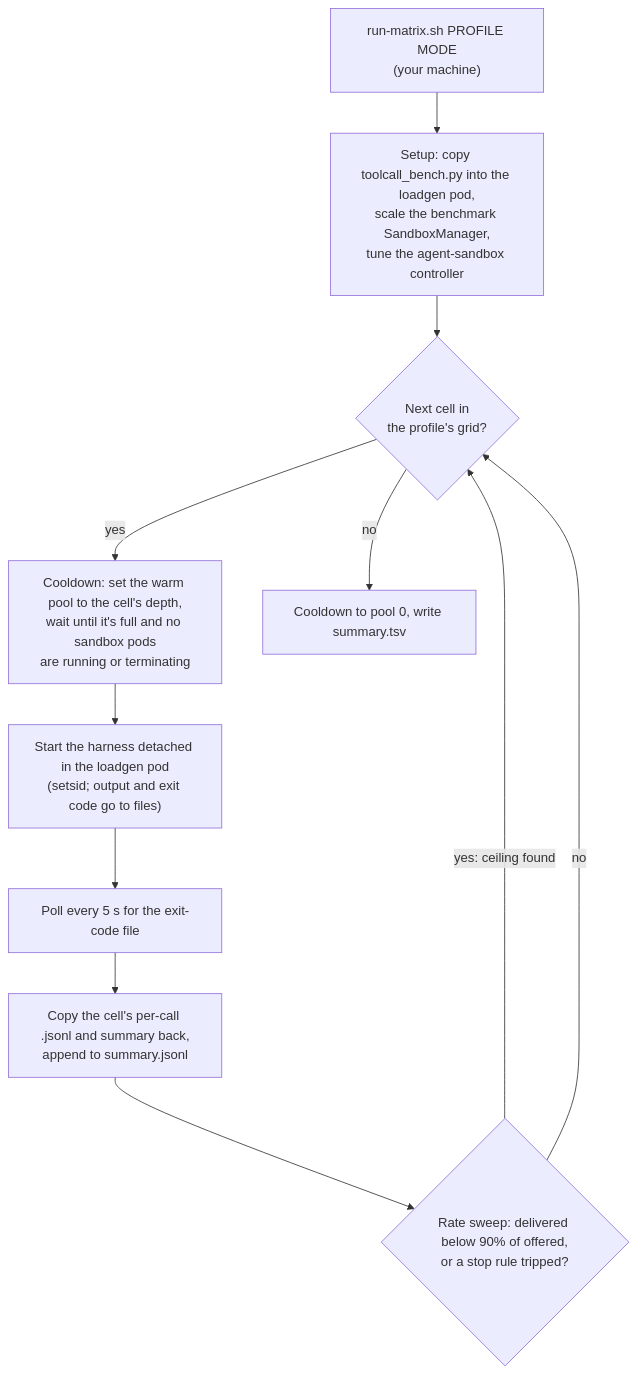
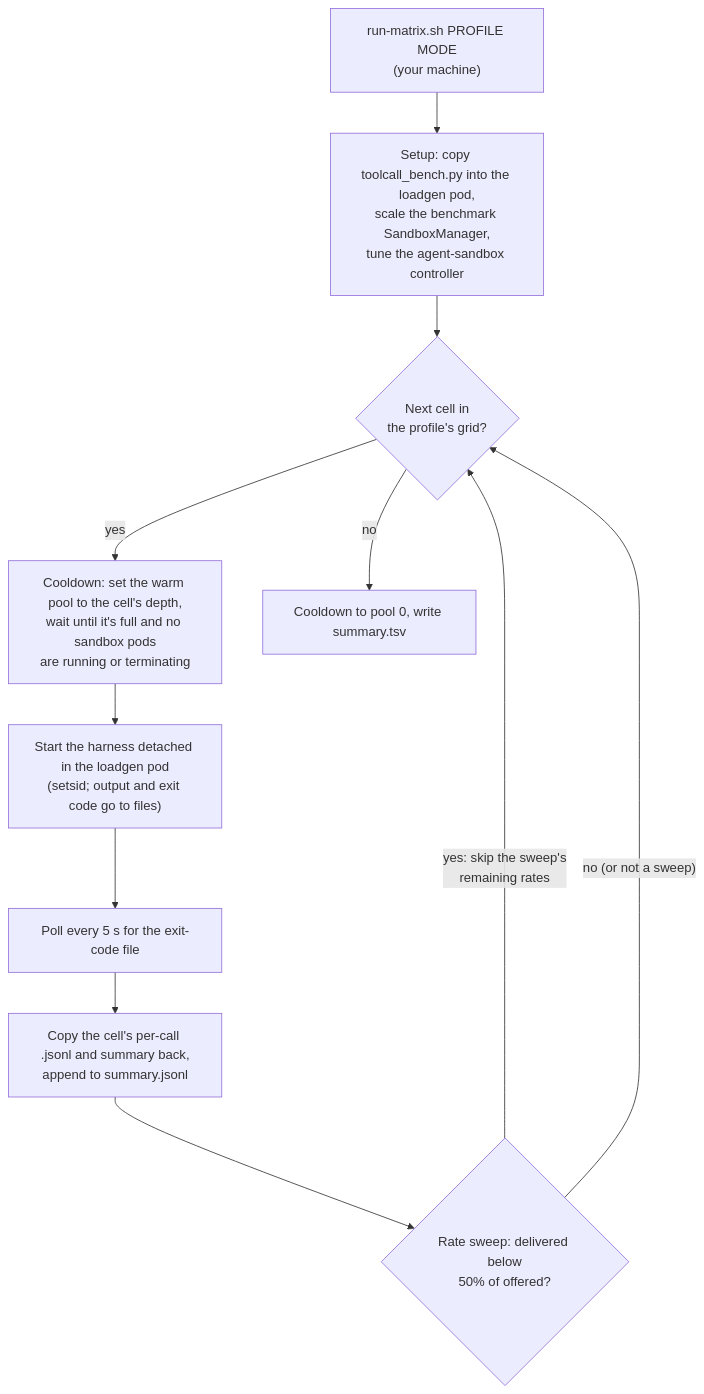
Before and after one commit to tw-interviews/tw-ac-worktrial1: the first of 13 diagrams in benchmark/docs/how-it-works.md, drawn with Mermaid. The commit also changed other lines of this file and 67 other files, not shown here.

````diff
--- a/benchmark/docs/how-it-works.md
+++ b/benchmark/docs/how-it-works.md
@@ -12,13 +12,13 @@
 ```mermaid
 flowchart TD
     A["run-matrix.sh PROFILE MODE<br/>(your machine)"] --> B["Setup: copy toolcall_bench.py into the loadgen pod,<br/>scale the benchmark SandboxManager,<br/>tune the agent-sandbox controller"]
     B --> C{"Next cell in<br/>the profile's grid?"}
     C -- yes --> D["Cooldown: set the warm pool to the cell's depth,<br/>wait until it's full and no sandbox pods<br/>are running or terminating"]
     D --> E["Start the harness detached in the loadgen pod<br/>(setsid; output and exit code go to files)"]
     E --> F["Poll every 5 s for the exit-code file"]
     F --> G["Copy the cell's per-call .jsonl and summary back,<br/>append to summary.jsonl"]
-    G --> H{"Rate sweep: delivered below 90% of offered,<br/>or a stop rule tripped?"}
-    H -- "yes: ceiling found" --> C
-    H -- no --> C
+    G --> H{"Rate sweep: delivered below<br/>50% of offered?"}
+    H -- "yes: skip the sweep's<br/>remaining rates" --> C
+    H -- "no (or not a sweep)" --> C
     C -- no --> I["Cooldown to pool 0, write summary.tsv"]
 ```
````
